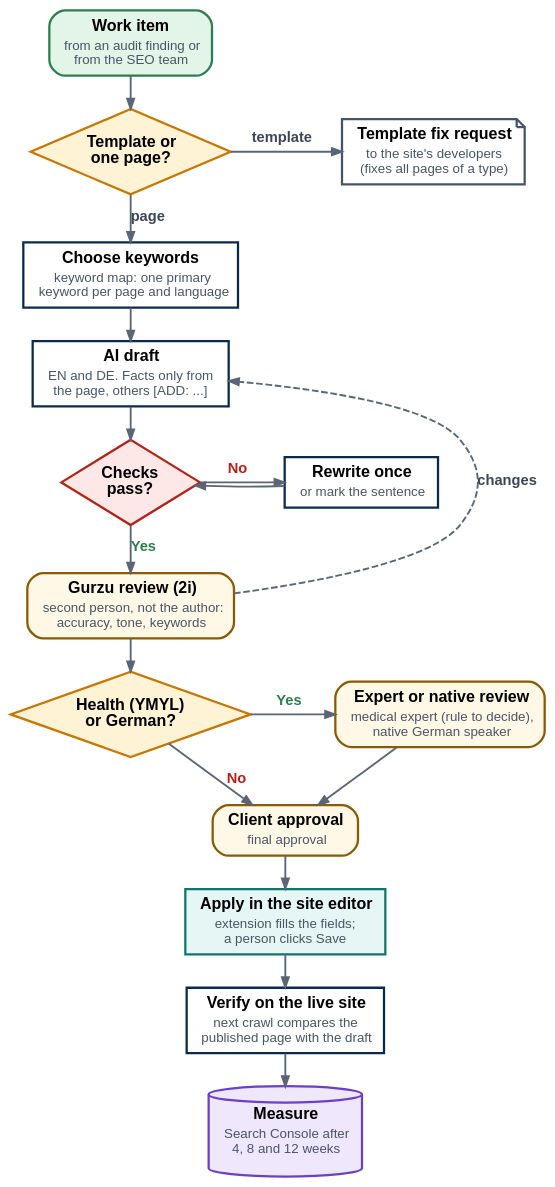
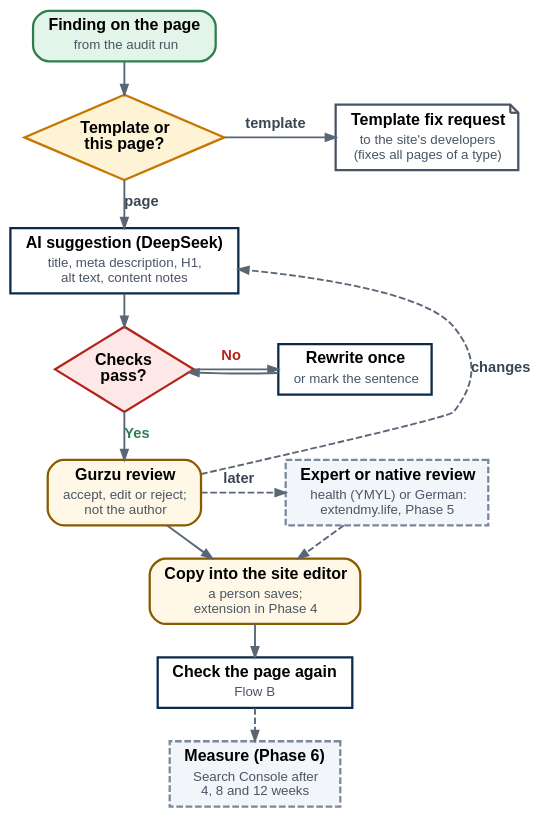
One commit to raksha-gurzu/seo-advisor changed the diagram in requirements/diagrams/content.dot. Above: the diagram before and after it, drawn with Graphviz. The commit also changed 21 other files, not shown here.

```diff
--- a/requirements/diagrams/content.dot
+++ b/requirements/diagrams/content.dot
@@ -1,39 +1,33 @@
 digraph G {
   graph [rankdir=TB fontname="Arial" nodesep=0.45 ranksep=0.34 splines=spline bgcolor="transparent"
          pad=0.15 newrank=true compound=true];
   node  [fontname="Arial" fontsize=12 margin="0.14,0.07"];
   edge  [fontname="Arial" fontsize=11 color="#5a6675" penwidth=1.4 arrowsize=0.75];
-  F [label=<<TABLE BORDER="0" CELLSPACING="0" CELLPADDING="1"><TR><TD><B>Work item</B></TD></TR><TR><TD><FONT POINT-SIZE="10" COLOR="#4a5565">from an audit finding or<BR/>from the SEO team</FONT></TD></TR></TABLE>> shape="box" style="rounded,filled" fillcolor="#e3f4e8" color="#2e7d4f" penwidth=1.7];
-  T [label=<<TABLE BORDER="0" CELLSPACING="0" CELLPADDING="1"><TR><TD><B>Template or</B><BR/><B>one page?</B></TD></TR></TABLE>> shape="diamond" style="filled" fillcolor="#fff3d6" color="#c77700" margin="0.04" penwidth=1.7];
+  F [label=<<TABLE BORDER="0" CELLSPACING="0" CELLPADDING="1"><TR><TD><B>Finding on the page</B></TD></TR><TR><TD><FONT POINT-SIZE="10" COLOR="#4a5565">from the audit run</FONT></TD></TR></TABLE>> shape="box" style="rounded,filled" fillcolor="#e3f4e8" color="#2e7d4f" penwidth=1.7];
+  T [label=<<TABLE BORDER="0" CELLSPACING="0" CELLPADDING="1"><TR><TD><B>Template or</B><BR/><B>this page?</B></TD></TR></TABLE>> shape="diamond" style="filled" fillcolor="#fff3d6" color="#c77700" margin="0.04" penwidth=1.7];
   TF [label=<<TABLE BORDER="0" CELLSPACING="0" CELLPADDING="1"><TR><TD><B>Template fix request</B></TD></TR><TR><TD><FONT POINT-SIZE="10" COLOR="#4a5565">to the site&#x27;s developers<BR/>(fixes all pages of a type)</FONT></TD></TR></TABLE>> shape="note" style="filled" fillcolor="#ffffff" color="#475467" penwidth=1.7];
-  K [label=<<TABLE BORDER="0" CELLSPACING="0" CELLPADDING="1"><TR><TD><B>Choose keywords</B></TD></TR><TR><TD><FONT POINT-SIZE="10" COLOR="#4a5565">keyword map: one primary<BR/>keyword per page and language</FONT></TD></TR></TABLE>> shape="box" style="filled" fillcolor="#ffffff" color="#0b2a4a" penwidth=1.7];
-  DR [label=<<TABLE BORDER="0" CELLSPACING="0" CELLPADDING="1"><TR><TD><B>AI draft</B></TD></TR><TR><TD><FONT POINT-SIZE="10" COLOR="#4a5565">EN and DE. Facts only from<BR/>the page, others [ADD: ...]</FONT></TD></TR></TABLE>> shape="box" style="filled" fillcolor="#ffffff" color="#0b2a4a" penwidth=1.7];
+  DR [label=<<TABLE BORDER="0" CELLSPACING="0" CELLPADDING="1"><TR><TD><B>AI suggestion (DeepSeek)</B></TD></TR><TR><TD><FONT POINT-SIZE="10" COLOR="#4a5565">title, meta description, H1,<BR/>alt text, content notes</FONT></TD></TR></TABLE>> shape="box" style="filled" fillcolor="#ffffff" color="#0b2a4a" penwidth=1.7];
   CK [label=<<TABLE BORDER="0" CELLSPACING="0" CELLPADDING="1"><TR><TD><B>Checks</B><BR/><B>pass?</B></TD></TR></TABLE>> shape="diamond" style="filled" fillcolor="#fde7e7" color="#b42318" margin="0.04" penwidth=1.7];
   RW [label=<<TABLE BORDER="0" CELLSPACING="0" CELLPADDING="1"><TR><TD><B>Rewrite once</B></TD></TR><TR><TD><FONT POINT-SIZE="10" COLOR="#4a5565">or mark the sentence</FONT></TD></TR></TABLE>> shape="box" style="filled" fillcolor="#ffffff" color="#0b2a4a" penwidth=1.7];
-  R1 [label=<<TABLE BORDER="0" CELLSPACING="0" CELLPADDING="1"><TR><TD><B>Gurzu review (2i)</B></TD></TR><TR><TD><FONT POINT-SIZE="10" COLOR="#4a5565">second person, not the author:<BR/>accuracy, tone, keywords</FONT></TD></TR></TABLE>> shape="box" style="rounded,filled,bold" fillcolor="#fff8e6" color="#8a5a00" penwidth=1.7];
-  Y [label=<<TABLE BORDER="0" CELLSPACING="0" CELLPADDING="1"><TR><TD><B>Health (YMYL)</B><BR/><B>or German?</B></TD></TR></TABLE>> shape="diamond" style="filled" fillcolor="#fff3d6" color="#c77700" margin="0.04" penwidth=1.7];
-  R2 [label=<<TABLE BORDER="0" CELLSPACING="0" CELLPADDING="1"><TR><TD><B>Expert or native review</B></TD></TR><TR><TD><FONT POINT-SIZE="10" COLOR="#4a5565">medical expert (rule to decide),<BR/>native German speaker</FONT></TD></TR></TABLE>> shape="box" style="rounded,filled,bold" fillcolor="#fff8e6" color="#8a5a00" penwidth=1.7];
-  R3 [label=<<TABLE BORDER="0" CELLSPACING="0" CELLPADDING="1"><TR><TD><B>Client approval</B></TD></TR><TR><TD><FONT POINT-SIZE="10" COLOR="#4a5565">final approval</FONT></TD></TR></TABLE>> shape="box" style="rounded,filled,bold" fillcolor="#fff8e6" color="#8a5a00" penwidth=1.7];
-  AP [label=<<TABLE BORDER="0" CELLSPACING="0" CELLPADDING="1"><TR><TD><B>Apply in the site editor</B></TD></TR><TR><TD><FONT POINT-SIZE="10" COLOR="#4a5565">extension fills the fields;<BR/>a person clicks Save</FONT></TD></TR></TABLE>> shape="box" style="filled" fillcolor="#e6f6f4" color="#0f766e" penwidth=1.7];
-  V [label=<<TABLE BORDER="0" CELLSPACING="0" CELLPADDING="1"><TR><TD><B>Verify on the live site</B></TD></TR><TR><TD><FONT POINT-SIZE="10" COLOR="#4a5565">next crawl compares the<BR/>published page with the draft</FONT></TD></TR></TABLE>> shape="box" style="filled" fillcolor="#ffffff" color="#0b2a4a" penwidth=1.7];
-  M [label=<<TABLE BORDER="0" CELLSPACING="0" CELLPADDING="1"><TR><TD><B>Measure</B></TD></TR><TR><TD><FONT POINT-SIZE="10" COLOR="#4a5565">Search Console after<BR/>4, 8 and 12 weeks</FONT></TD></TR></TABLE>> shape="cylinder" style="filled" fillcolor="#efe7fb" color="#6941c6" penwidth=1.7];
+  R1 [label=<<TABLE BORDER="0" CELLSPACING="0" CELLPADDING="1"><TR><TD><B>Gurzu review</B></TD></TR><TR><TD><FONT POINT-SIZE="10" COLOR="#4a5565">accept, edit or reject;<BR/>not the author</FONT></TD></TR></TABLE>> shape="box" style="rounded,filled,bold" fillcolor="#fff8e6" color="#8a5a00" penwidth=1.7];
+  Y [label=<<TABLE BORDER="0" CELLSPACING="0" CELLPADDING="1"><TR><TD><B>Expert or native review</B></TD></TR><TR><TD><FONT POINT-SIZE="10" COLOR="#4a5565">health (YMYL) or German:<BR/>extendmy.life, Phase 5</FONT></TD></TR></TABLE>> shape="box" style="filled,dashed" fillcolor="#f2f5f9" color="#7a8899" penwidth=1.7];
+  AP [label=<<TABLE BORDER="0" CELLSPACING="0" CELLPADDING="1"><TR><TD><B>Copy into the site editor</B></TD></TR><TR><TD><FONT POINT-SIZE="10" COLOR="#4a5565">a person saves;<BR/>extension in Phase 4</FONT></TD></TR></TABLE>> shape="box" style="rounded,filled,bold" fillcolor="#fff8e6" color="#8a5a00" penwidth=1.7];
+  V [label=<<TABLE BORDER="0" CELLSPACING="0" CELLPADDING="1"><TR><TD><B>Check the page again</B></TD></TR><TR><TD><FONT POINT-SIZE="10" COLOR="#4a5565">Flow B</FONT></TD></TR></TABLE>> shape="box" style="filled" fillcolor="#ffffff" color="#0b2a4a" penwidth=1.7];
+  M [label=<<TABLE BORDER="0" CELLSPACING="0" CELLPADDING="1"><TR><TD><B>Measure (Phase 6)</B></TD></TR><TR><TD><FONT POINT-SIZE="10" COLOR="#4a5565">Search Console after<BR/>4, 8 and 12 weeks</FONT></TD></TR></TABLE>> shape="box" style="filled,dashed" fillcolor="#f2f5f9" color="#7a8899" penwidth=1.7];
   F -> T [];
   T -> TF [label=<<B> template </B>> fontcolor="#3b4654"];
-  T -> K [label=<<B> page </B>> fontcolor="#3b4654"];
-  K -> DR [];
+  T -> DR [label=<<B> page </B>> fontcolor="#3b4654"];
   DR -> CK [];
   CK -> RW [label=<<B> No </B>> fontcolor="#b42318"];
   RW -> CK [];
   CK -> R1 [label=<<B> Yes </B>> fontcolor="#2e7d4f"];
-  R1 -> Y [];
-  Y -> R2 [label=<<B> Yes </B>> fontcolor="#2e7d4f"];
-  Y -> R3 [label=<<B> No </B>> fontcolor="#b42318"];
-  R2 -> R3 [];
-  R3 -> AP [];
+  R1 -> AP [];
+  R1 -> Y [style="dashed" label=<<B> later </B>> fontcolor="#3b4654"];
+  Y -> AP [style="dashed"];
   AP -> V [];
-  V -> M [];
+  V -> M [style="dashed"];
   R1 -> DR [style="dashed" constraint="false" label=<<B> changes </B>> fontcolor="#3b4654"];
   { rank=same; T; TF; }
   { rank=same; CK; RW; }
-  { rank=same; Y; R2; }
+  { rank=same; R1; Y; }
 }
```
